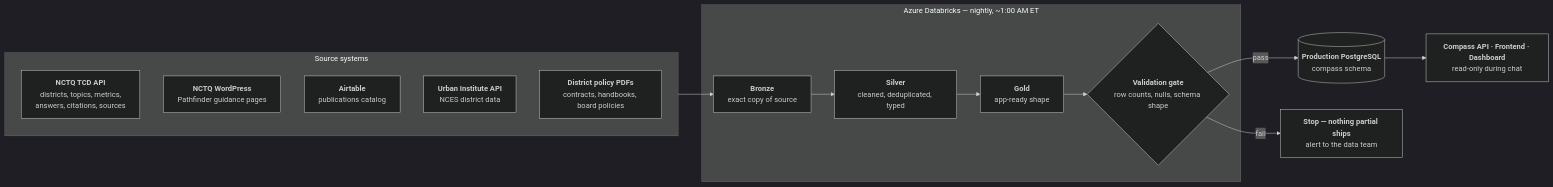
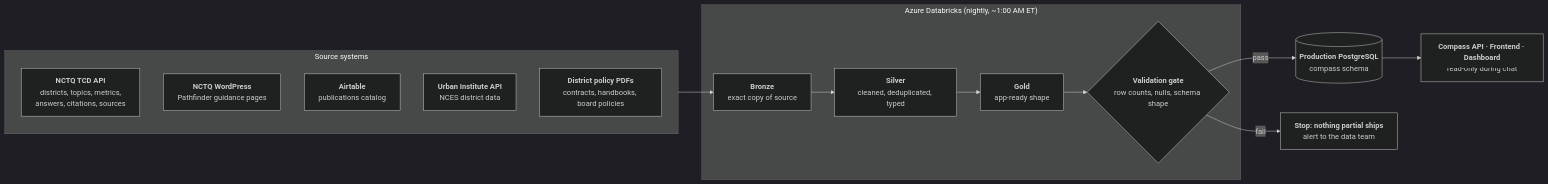
Before and after one commit to Starling-Strategy/compass: the diagram in docs/03-data-and-databricks.md, drawn with Mermaid (dark theme). The commit also changed other lines of this file and 5 other files, not shown here.

````diff
--- a/docs/03-data-and-databricks.md
+++ b/docs/03-data-and-databricks.md
@@ -43,34 +43,34 @@
 ```mermaid
 flowchart LR
     subgraph SOURCES ["Source systems"]
         TCD["`**NCTQ TCD API**
 districts, topics, metrics,
 answers, citations, sources`"]
         WP["`**NCTQ WordPress**
 Pathfinder guidance pages`"]
         AT["`**Airtable**
 publications catalog`"]
         UI["`**Urban Institute API**
 NCES district data`"]
         PDF["`**District policy PDFs**
 contracts, handbooks, board policies`"]
     end
 
-    subgraph DBX ["Azure Databricks — nightly, ~1:00 AM ET"]
+    subgraph DBX ["Azure Databricks (nightly, ~1:00 AM ET)"]
         B["`**Bronze**
 exact copy of source`"] --> S["`**Silver**
 cleaned, deduplicated, typed`"]
         S --> G["`**Gold**
 app-ready shape`"]
         G --> VAL{"`**Validation gate**
 row counts, nulls, schema shape`"}
     end
 
     SOURCES --> B
     VAL -->|"pass"| PG[("`**Production PostgreSQL**
 compass schema`")]
-    VAL -->|"fail"| STOP["`**Stop — nothing partial ships**
+    VAL -->|"fail"| STOP["`**Stop: nothing partial ships**
 alert to the data team`"]
     PG --> APPS["`**Compass API · Frontend · Dashboard**
 read-only during chat`"]
 ```
````
